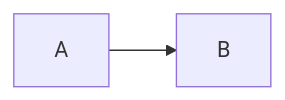
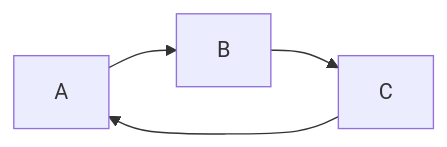
One commit to Mafald07h/alura_space changed the first of 2 diagrams in README.md. Above: the diagram before and after it, drawn with Mermaid. The commit also changed other lines of this file, not shown here.

````diff
--- a/README.md
+++ b/README.md
@@ -13,5 +13,6 @@
 ``` mermaid
     flowchart LR;
       A --> B
-
+      B --> C
+      C --> A
 ```
````
